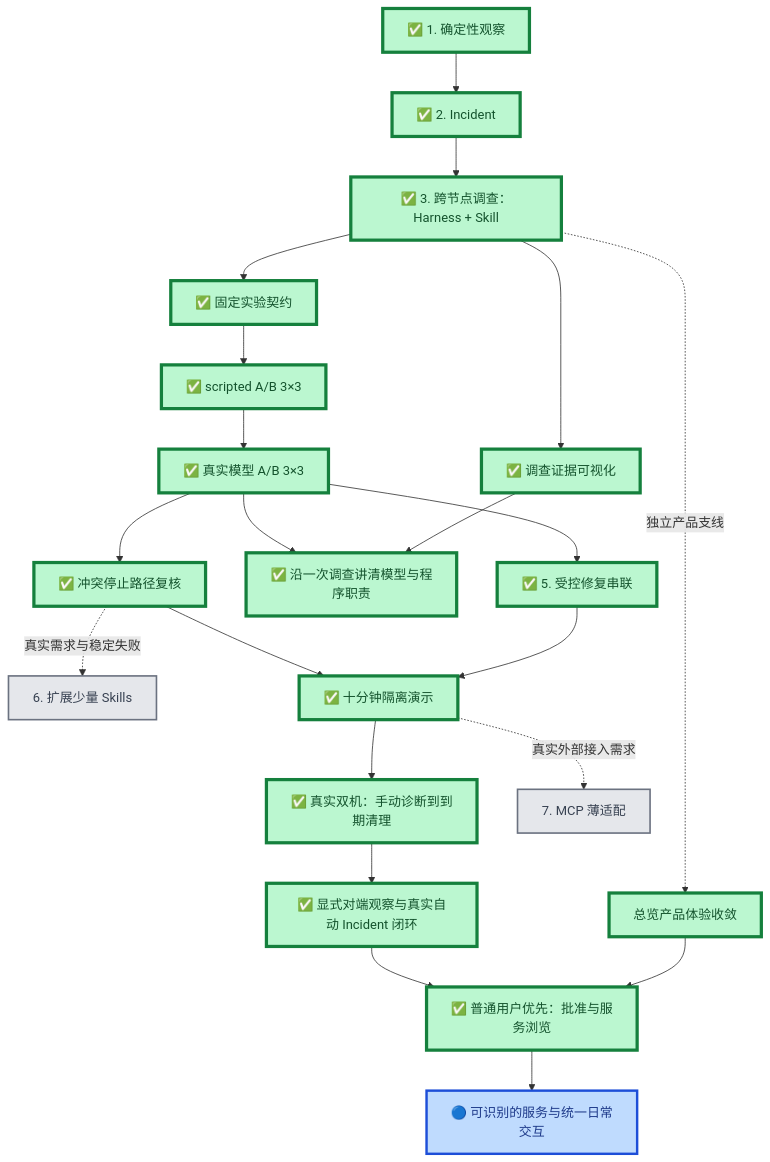
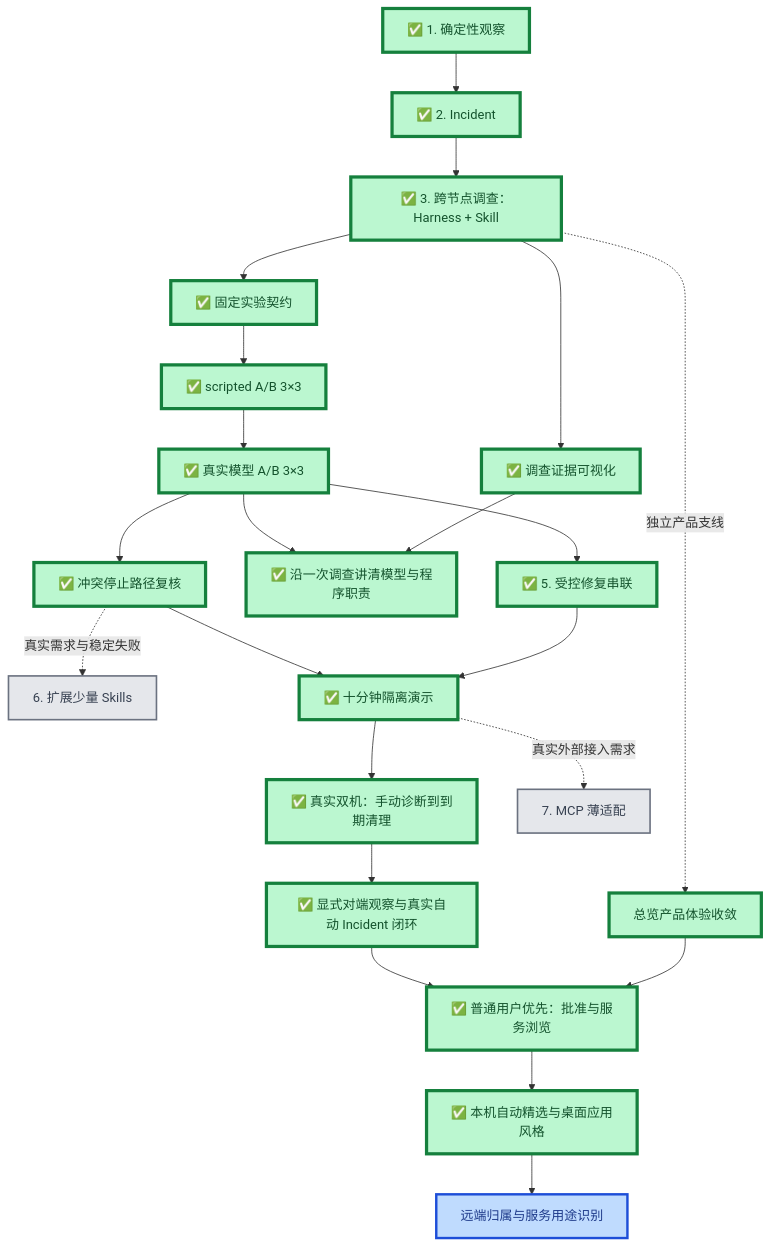
The first of 2 diagrams in docs/project/roadmap.md (Sugarfarmeriod/TunnelMinion), drawn with Mermaid before and after one commit. The commit also changed other lines of this file and 16 other files, not shown here.

````diff
--- a/docs/project/roadmap.md
+++ b/docs/project/roadmap.md
@@ -8,38 +8,40 @@
 ```mermaid
 flowchart TB
     A["✅ 1. 确定性观察"] --> B["✅ 2. Incident"]
     B --> C["✅ 3. 跨节点调查：Harness + Skill"]
 
     C --> D1["✅ 固定实验契约"]
     D1 --> D2["✅ scripted A/B 3×3"]
     D2 --> D3["✅ 真实模型 A/B 3×3"]
 
     D3 --> E["✅ 5. 受控修复串联"]
     C --> V["✅ 调查证据可视化"]
     V --> W["✅ 沿一次调查讲清模型与程序职责"]
     D3 --> W
     D3 --> F["✅ 冲突停止路径复核"]
     F -.真实需求与稳定失败.-> K["6. 扩展少量 Skills"]
     E --> H["✅ 十分钟隔离演示"]
     F --> H
     H --> R["✅ 真实双机：手动诊断到到期清理"]
     R --> I["✅ 显式对端观察与真实自动 Incident 闭环"]
     H -.真实外部接入需求.-> G["7. MCP 薄适配"]
 
     C -.独立产品支线.-> U["总览产品体验收敛"]
     U --> P["✅ 普通用户优先：批准与服务浏览"]
     I --> P
-    P --> Q["🔵 可识别的服务与统一日常交互"]
+    P --> Q["✅ 本机自动精选与桌面应用风格"]
+    Q --> Q2["远端归属与服务用途识别"]
 
     classDef done fill:#bbf7d0,stroke:#15803d,stroke-width:4px,color:#14532d;
     classDef current fill:#fde68a,stroke:#b45309,stroke-width:5px,color:#78350f;
     classDef next fill:#bfdbfe,stroke:#1d4ed8,stroke-width:3px,color:#1e3a8a;
     classDef later fill:#e5e7eb,stroke:#6b7280,stroke-width:2px,color:#374151;
     class A,B,C,D1,D2,D3,E,F,H,R,V done;
     class U done;
     class W done;
     class I done;
     class G,K later;
     class P done;
-    class Q next;
+    class Q done;
+    class Q2 next;
 ```
````
